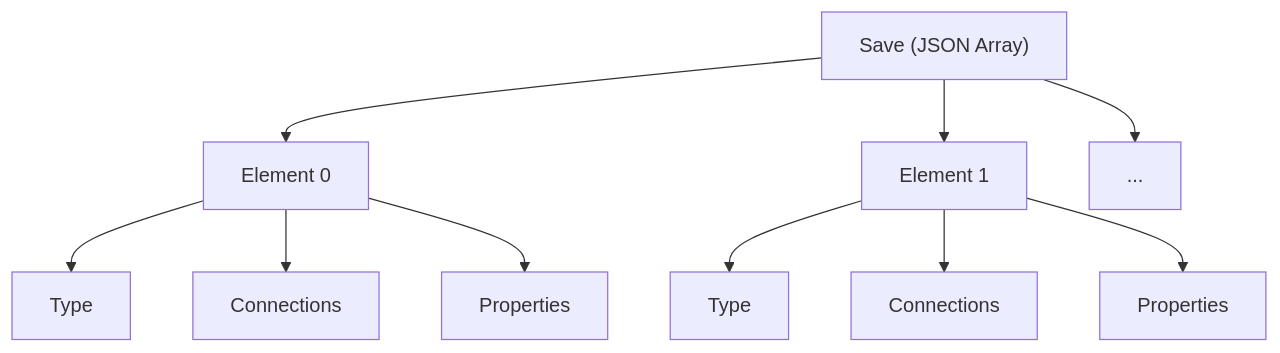
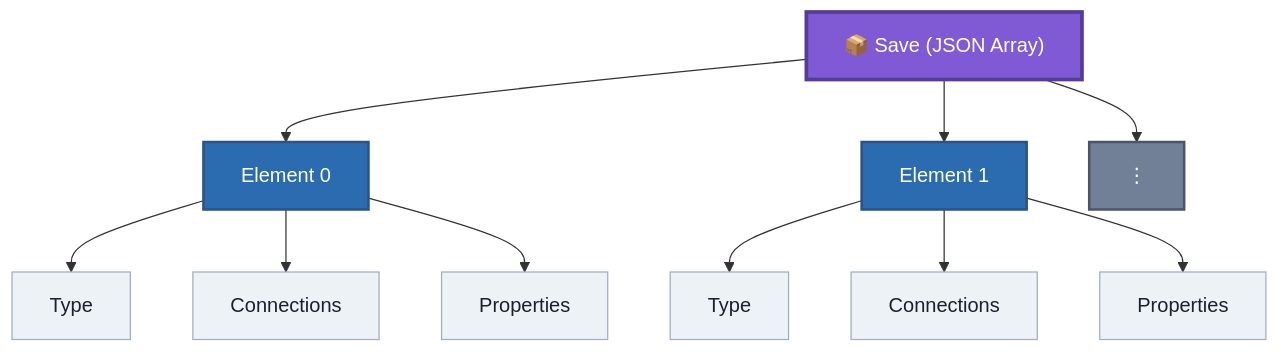
Before and after one commit to JuanCrakYT/RtG-Format: the first of 3 diagrams in docs/save-anatomy.md, drawn with Mermaid. The commit also changed other lines of this file and 5 other files, not shown here.

Commit message:
Mermaid Refresh

````diff
--- a/docs/save-anatomy.md
+++ b/docs/save-anatomy.md
@@ -8,14 +8,24 @@
 ```mermaid
 flowchart TD
-    A["Save (JSON Array)"] --> B["Element 0"]
+    A["📦 Save (JSON Array)"] --> B["Element 0"]
     A --> C["Element 1"]
-    A --> D["..."]
+    A --> D["⋮"]
 
     B --> B1["Type"]
     B --> B2["Connections"]
     B --> B3["Properties"]
 
     C --> C1["Type"]
     C --> C2["Connections"]
     C --> C3["Properties"]
+
+    classDef root fill:#805ad5,color:#fff,stroke:#553c9a,stroke-width:3px;
+    classDef element fill:#2b6cb0,color:#fff,stroke:#2c5282,stroke-width:2px;
+    classDef field fill:#edf2f7,color:#1a202c,stroke:#a0aec0;
+    classDef more fill:#718096,color:#fff,stroke:#4a5568,stroke-width:2px;
+
+    class A root;
+    class B,C element;
+    class D more;
+    class B1,B2,B3,C1,C2,C3 field;
 ```
````
